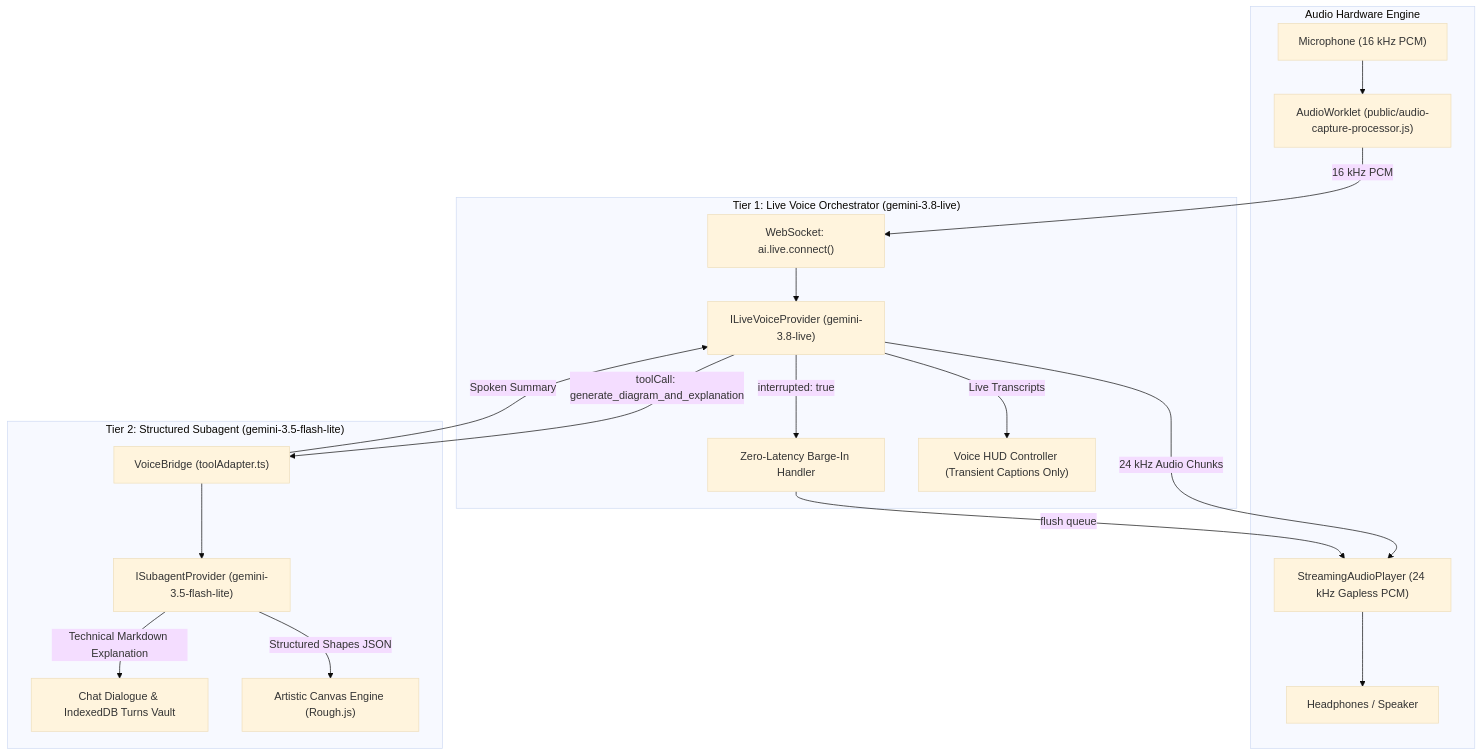
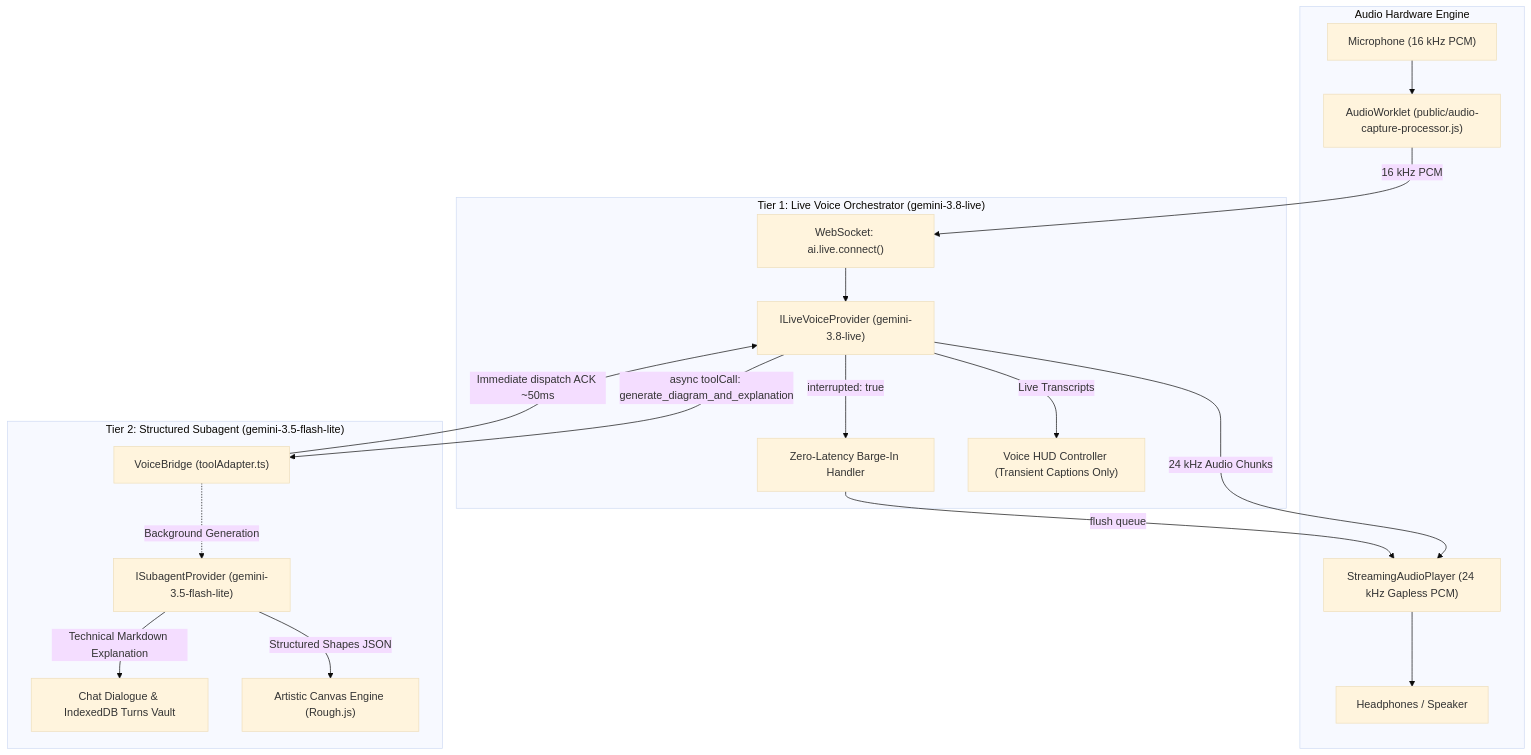
One commit to AmritSDutta/b_aassistant changed the diagram in docs/voice-agent.mdx. Above: the diagram before and after it, drawn with Mermaid (base theme). The commit also changed other lines of this file and 20 other files, not shown here.

Commit message:
added async background task cache tracking and status inspection, docs update

````diff
--- a/docs/voice-agent.mdx
+++ b/docs/voice-agent.mdx
@@ -10,38 +10,38 @@
 ```mermaid
 flowchart TD
   subgraph AudioHardware["Audio Hardware Engine"]
     Mic["Microphone (16 kHz PCM)"]
     Worklet["AudioWorklet (public/audio-capture-processor.js)"]
     Player["StreamingAudioPlayer (24 kHz Gapless PCM)"]
     Speaker["Headphones / Speaker"]
     Mic --> Worklet
     Player --> Speaker
   end
 
   subgraph Tier1["Tier 1: Live Voice Orchestrator (gemini-3.8-live)"]
     LiveWS["WebSocket: ai.live.connect()"]
     Orchestrator["ILiveVoiceProvider (gemini-3.8-live)"]
     HUD["Voice HUD Controller (Transient Captions Only)"]
     BargeIn["Zero-Latency Barge-In Handler"]
 
     Worklet -->|16 kHz PCM| LiveWS
     LiveWS --> Orchestrator
     Orchestrator -->|24 kHz Audio Chunks| Player
     Orchestrator -->|Live Transcripts| HUD
     Orchestrator -->|interrupted: true| BargeIn
     BargeIn -->|flush queue| Player
   end
 
   subgraph Tier2["Tier 2: Structured Subagent (gemini-3.5-flash-lite)"]
     Bridge["VoiceBridge (toolAdapter.ts)"]
     Subagent["ISubagentProvider (gemini-3.5-flash-lite)"]
     Canvas["Artistic Canvas Engine (Rough.js)"]
     Chat["Chat Dialogue & IndexedDB Turns Vault"]
 
-    Orchestrator -->|toolCall: generate_diagram_and_explanation| Bridge
-    Bridge --> Subagent
+    Orchestrator -->|async toolCall: generate_diagram_and_explanation| Bridge
+    Bridge -->|Immediate dispatch ACK ~50ms| Orchestrator
+    Bridge -.->|Background Generation| Subagent
     Subagent -->|Structured Shapes JSON| Canvas
     Subagent -->|Technical Markdown Explanation| Chat
-    Bridge -->|Spoken Summary| Orchestrator
   end
 ```
````
